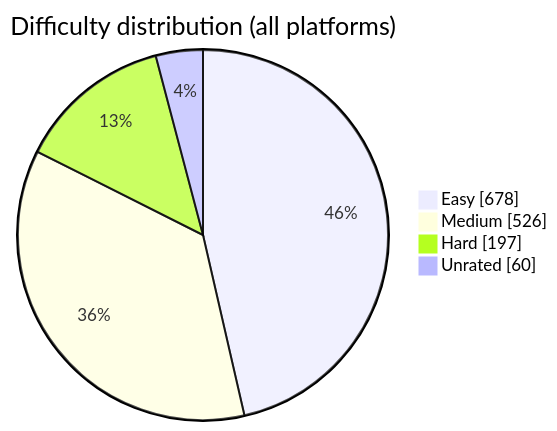
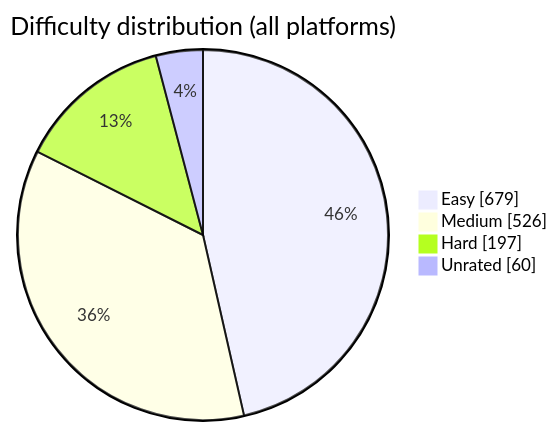
Before and after one commit to BuildbyArindam/Daily-Coding-Log: the diagram in README.md, drawn with Mermaid. The commit also changed other lines of this file, not shown here.

````diff
--- a/README.md
+++ b/README.md
@@ -93,7 +93,7 @@
 ```mermaid
 pie showData title Difficulty distribution (all platforms)
-    "Easy" : 678
+    "Easy" : 679
     "Medium" : 526
     "Hard" : 197
     "Unrated" : 60
 ```
````
